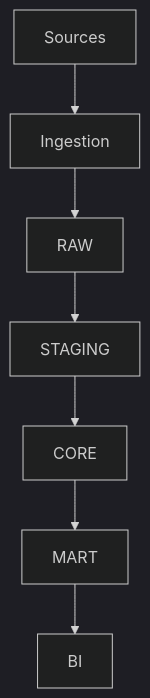
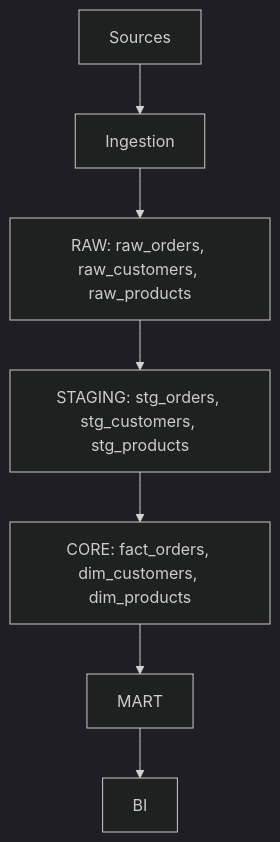
The diagram in docs/architecture.md (linzaiq-afk/dataops), drawn with Mermaid (dark theme) before and after one commit.

````diff
--- a/docs/architecture.md
+++ b/docs/architecture.md
@@ -1,9 +1,9 @@
 ```mermaid
 flowchart TD
     A["Sources"] --> B["Ingestion"]
-    B --> C["RAW"]
-    C --> D["STAGING"]
-    D --> E["CORE"]
+    B --> C["RAW: raw_orders, raw_customers, raw_products"]
+    C --> D["STAGING: stg_orders, stg_customers, stg_products"]
+    D --> E["CORE: fact_orders, dim_customers, dim_products"]
     E --> F["MART"]
     F --> G["BI"]
 ```
````
